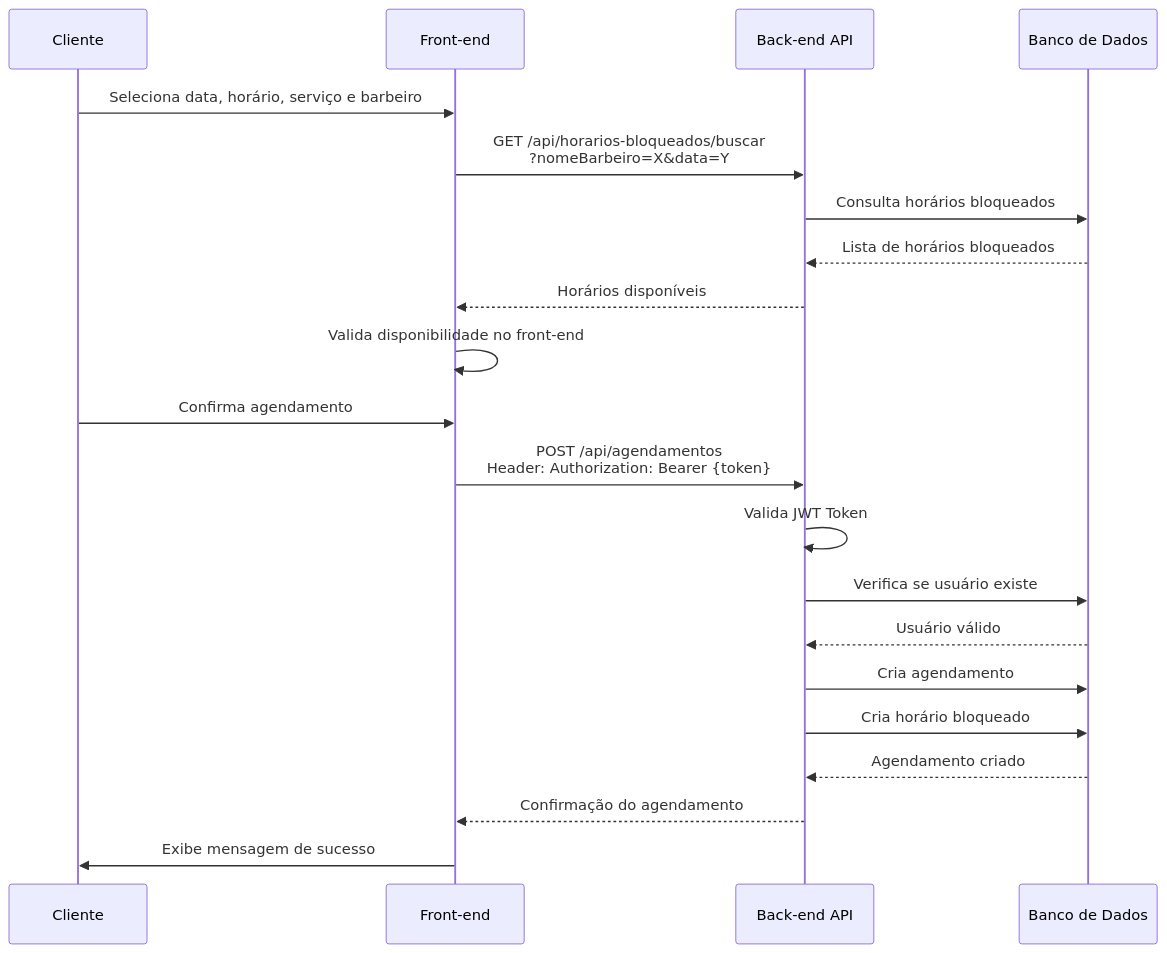
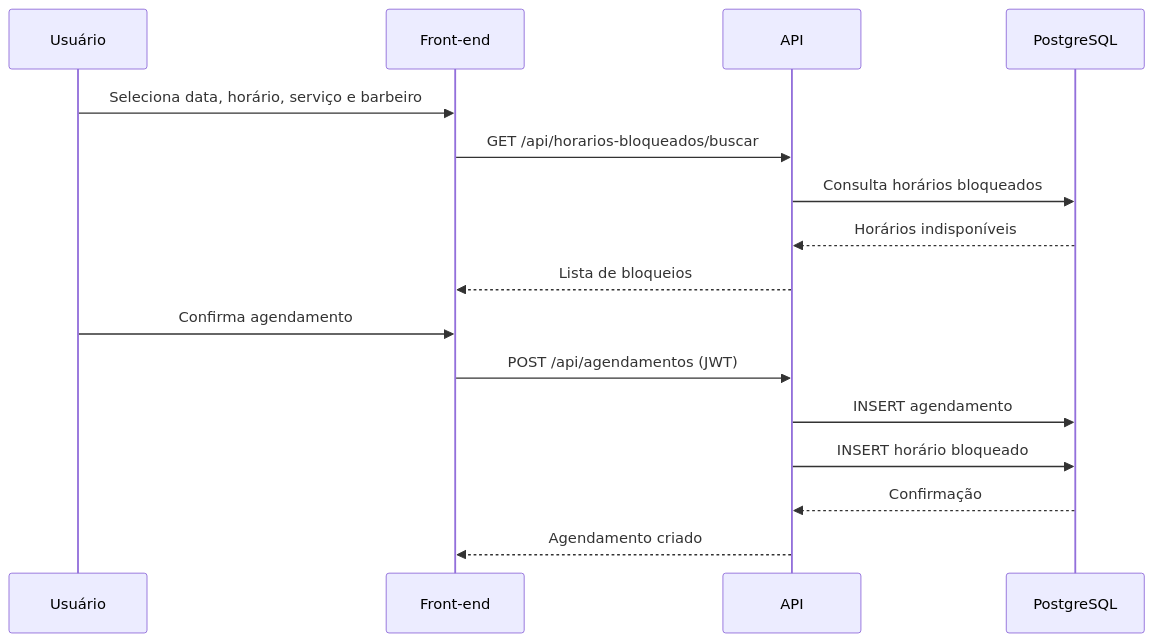
One commit to phsrod/Trabalho-PWEB-II changed the fourth of 5 diagrams in README.md. Above: the diagram before and after it, drawn with Mermaid. The commit also changed other lines of this file and 3 other files, not shown here.

````diff
--- a/README.md
+++ b/README.md
@@ -138,26 +169,20 @@
 ```mermaid
 sequenceDiagram
-    participant C as Cliente
-    participant F as Front-end
-    participant API as Back-end API
-    participant DB as Banco de Dados
-    
-    C->>F: Seleciona data, horário, serviço e barbeiro
-    F->>API: GET /api/horarios-bloqueados/buscar<br/>?nomeBarbeiro=X&data=Y
+    participant U as Usuário
+    participant FE as Front-end
+    participant API as API
+    participant DB as PostgreSQL
+
+    U->>FE: Seleciona data, horário, serviço e barbeiro
+    FE->>API: GET /api/horarios-bloqueados/buscar
     API->>DB: Consulta horários bloqueados
-    DB-->>API: Lista de horários bloqueados
-    API-->>F: Horários disponíveis
-    
-    F->>F: Valida disponibilidade no front-end
-    
-    C->>F: Confirma agendamento
-    F->>API: POST /api/agendamentos<br/>Header: Authorization: Bearer {token}
-    API->>API: Valida JWT Token
-    API->>DB: Verifica se usuário existe
-    DB-->>API: Usuário válido
-    API->>DB: Cria agendamento
-    API->>DB: Cria horário bloqueado
-    DB-->>API: Agendamento criado
-    API-->>F: Confirmação do agendamento
-    F->>C: Exibe mensagem de sucesso
+    DB-->>API: Horários indisponíveis
+    API-->>FE: Lista de bloqueios
+
+    U->>FE: Confirma agendamento
+    FE->>API: POST /api/agendamentos (JWT)
+    API->>DB: INSERT agendamento
+    API->>DB: INSERT horário bloqueado
+    DB-->>API: Confirmação
+    API-->>FE: Agendamento criado
 ```
````
